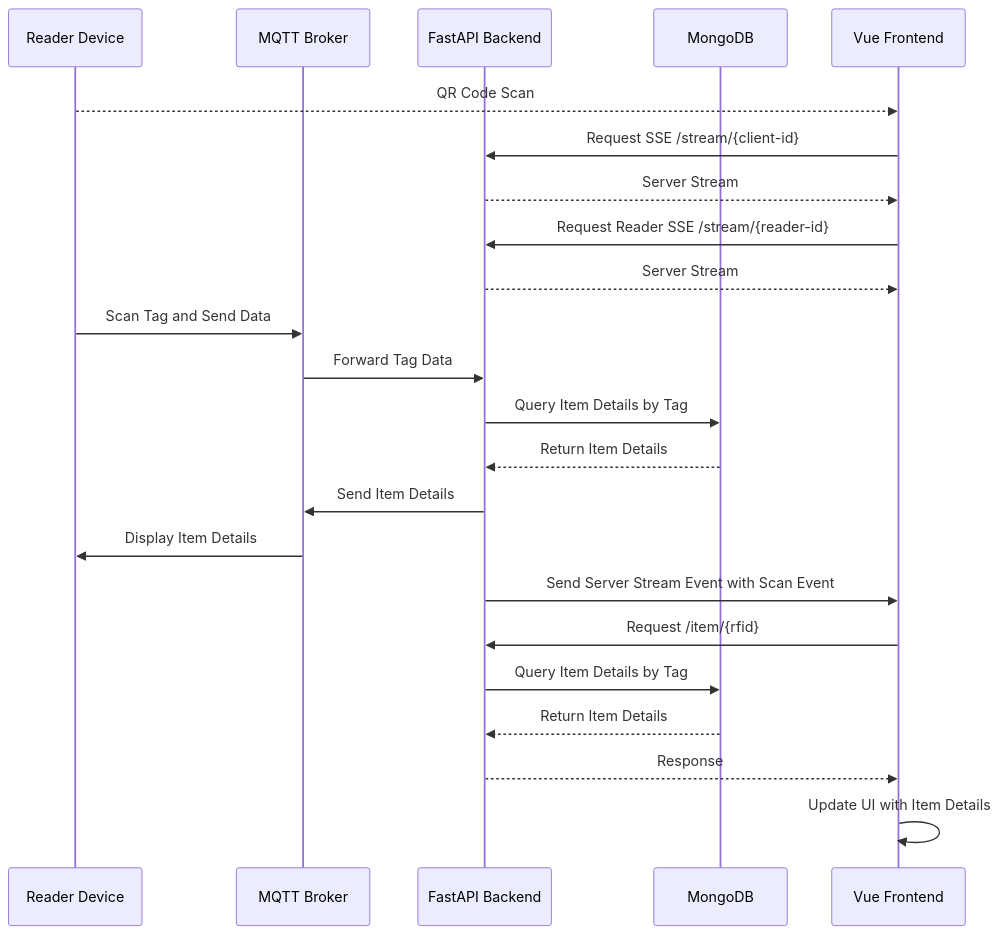
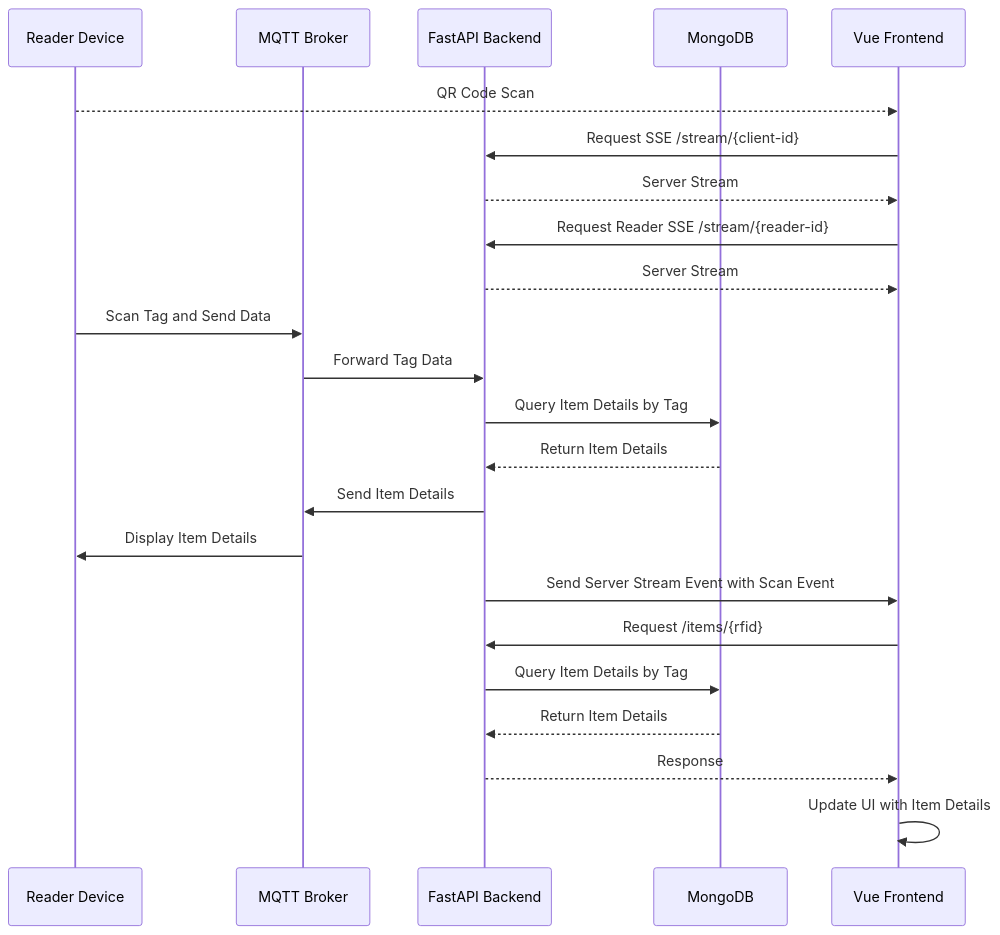
Before and after one commit to wims-org/wims: the second of 2 diagrams in README.md, drawn with Mermaid. The commit also changed 11 other files, not shown here.

````diff
--- a/README.md
+++ b/README.md
@@ -45,26 +45,26 @@
 ```mermaid
 sequenceDiagram
     participant Reader as Reader Device
     participant MQTT as MQTT Broker
     participant Backend as FastAPI Backend
     participant DB as MongoDB
     participant Frontend as Vue Frontend
 
     Reader-->>Frontend: QR Code Scan   
     Frontend->>Backend: Request SSE /stream/{client-id}
     Backend-->>Frontend: Server Stream
     Frontend->>Backend: Request Reader SSE /stream/{reader-id}
     Backend-->>Frontend: Server Stream    
     Reader->>MQTT: Scan Tag and Send Data
     MQTT->>Backend: Forward Tag Data
     Backend->>DB: Query Item Details by Tag
     DB-->>Backend: Return Item Details
     Backend->>MQTT: Send Item Details
     MQTT->>Reader: Display Item Details
     Backend->>Frontend: Send Server Stream Event with Scan Event
-    Frontend->>Backend: Request /item/{rfid}
+    Frontend->>Backend: Request /items/{rfid}
     Backend->>DB: Query Item Details by Tag
     DB-->>Backend: Return Item Details
     Backend-->>Frontend: Response
     Frontend->>Frontend: Update UI with Item Details
 ```
````
